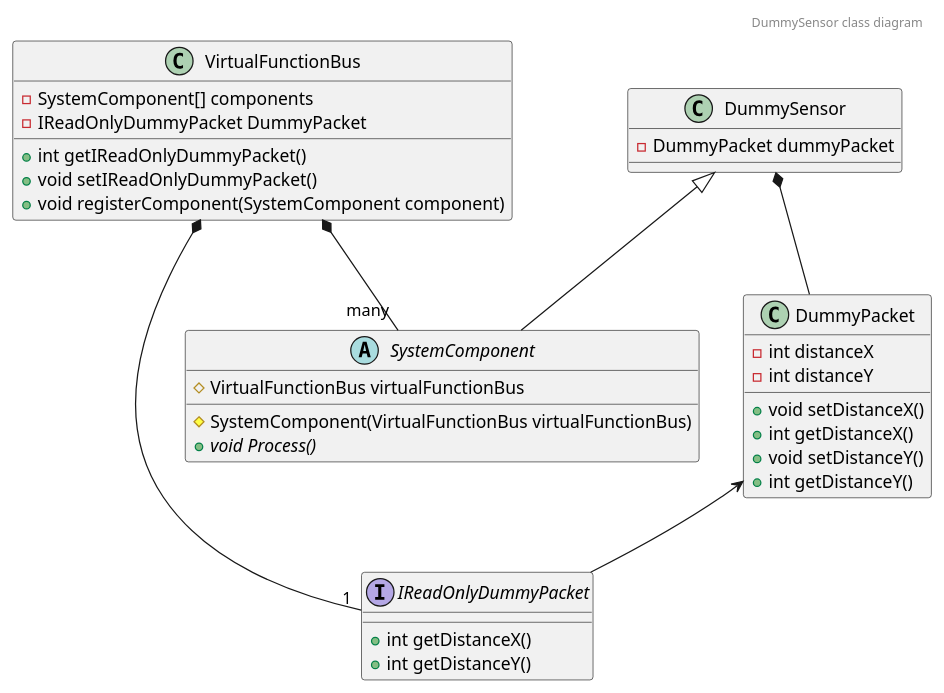
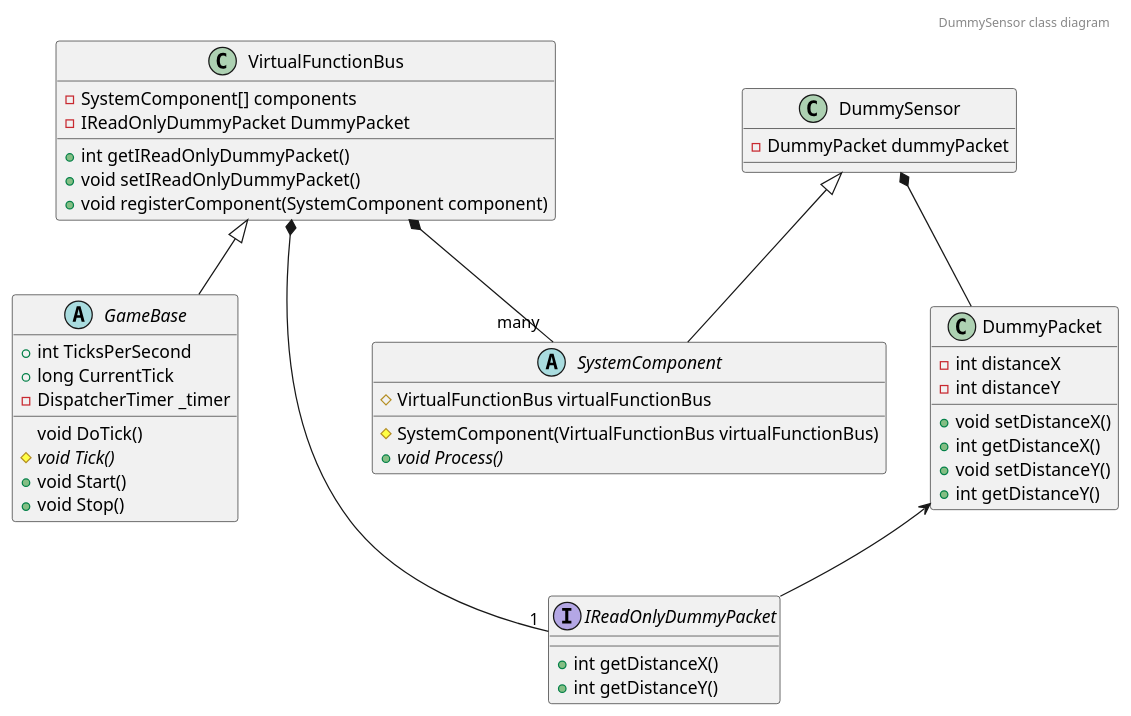
The diagram in src/plantuml/dummy_sensor.puml (pintergreg/handout), drawn with PlantUML before and after one commit. The commit also changed 3 other files, not shown here.

```diff
--- a/src/plantuml/dummy_sensor.puml
+++ b/src/plantuml/dummy_sensor.puml
@@ -1,43 +1,56 @@
 @startuml
+abstract class GameBase {
+    + int TicksPerSecond
+    + long CurrentTick
+    - DispatcherTimer _timer
+
+    void DoTick()
+    # {abstract} void Tick()
+    + void Start()
+    + void Stop()
+}
+
 class VirtualFunctionBus {
     - SystemComponent[] components
     - IReadOnlyDummyPacket DummyPacket
     + int getIReadOnlyDummyPacket()
     + void setIReadOnlyDummyPacket()
     + void registerComponent(SystemComponent component)
 }
 
 abstract class SystemComponent {
     # VirtualFunctionBus virtualFunctionBus
     # SystemComponent(VirtualFunctionBus virtualFunctionBus)
     + {abstract} void Process()
 }
 
 class DummySensor {
    - DummyPacket dummyPacket
 }
 
 class DummyPacket {
     - int distanceX
     - int distanceY
     + void setDistanceX()
     + int getDistanceX()
     + void setDistanceY()
     + int getDistanceY()
 }
 
 interface IReadOnlyDummyPacket {
     + int getDistanceX()
     + int getDistanceY()
 }
 
 DummySensor <|-- SystemComponent
 DummySensor *-- DummyPacket
 DummyPacket <-- IReadOnlyDummyPacket
+
+VirtualFunctionBus <|-- GameBase
 VirtualFunctionBus *-- "many" SystemComponent
 VirtualFunctionBus *-- "1" IReadOnlyDummyPacket
 
 header
 DummySensor class diagram
 endheader
 @enduml
```
